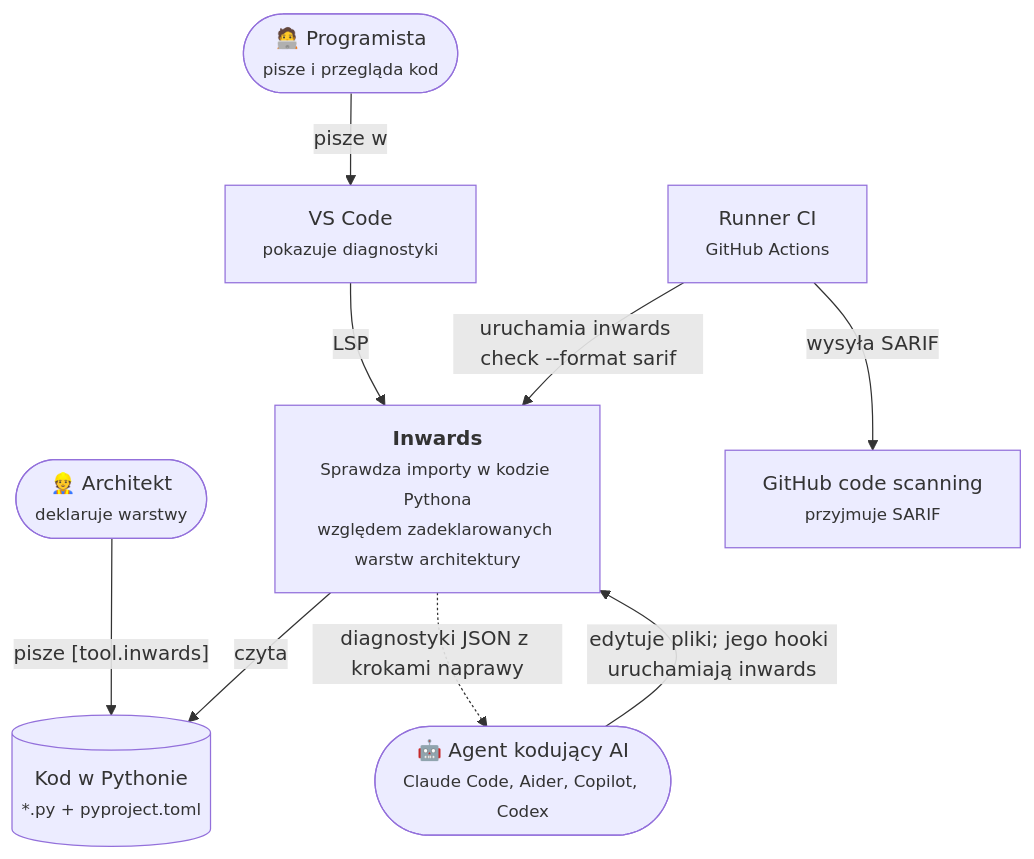
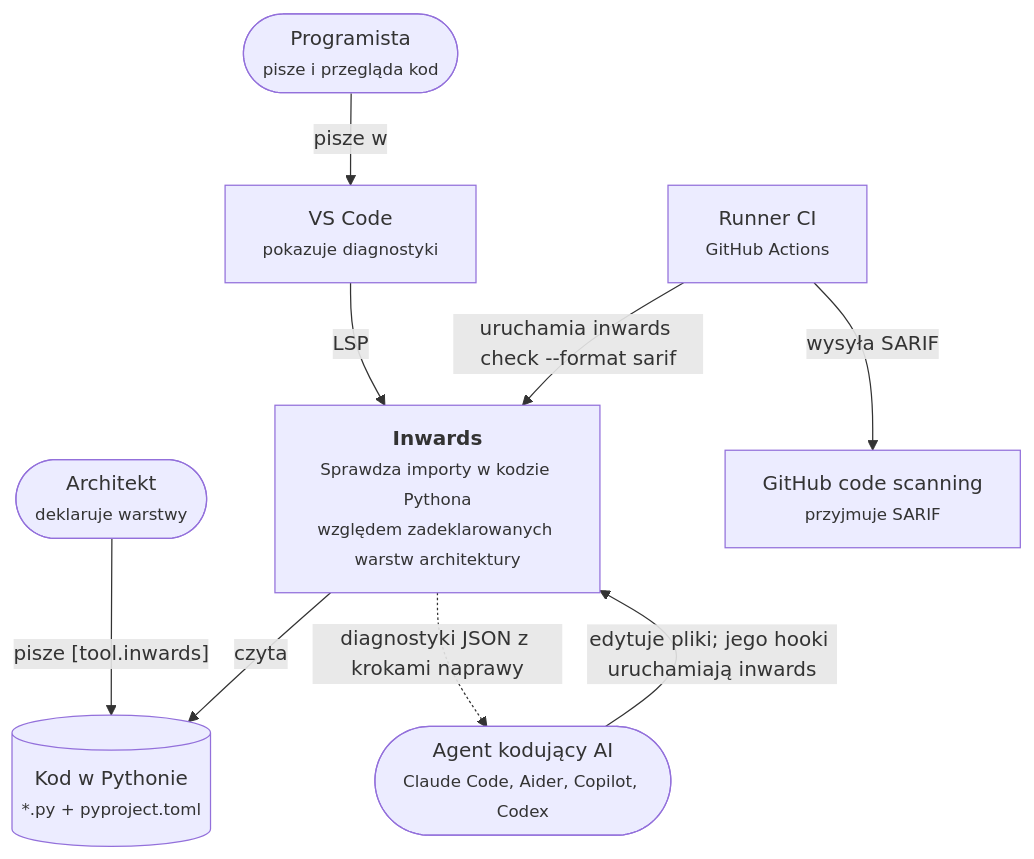
One commit to SirCypkowskyy/inwards changed the first of 6 diagrams in docs/pl/03-Architecture-C4.md. Above: the diagram before and after it, drawn with Mermaid. The commit also changed other lines of this file and 9 other files, not shown here.

First line of the commit message:
docs: draw diagram and status icons instead of emoji, recolour the chapter 6 pie

````diff
--- a/docs/pl/03-Architecture-C4.md
+++ b/docs/pl/03-Architecture-C4.md
@@ -17,23 +17,23 @@
 ```mermaid
 flowchart TB
-    architect(["👷 Architekt<br/><small>deklaruje warstwy</small>"])
-    dev(["🧑‍💻 Programista<br/><small>pisze i przegląda kod</small>"])
-    agent(["🤖 Agent kodujący AI<br/><small>Claude Code, Aider, Copilot, Codex</small>"])
+    architect(["Architekt<br/><small>deklaruje warstwy</small>"])
+    dev(["Programista<br/><small>pisze i przegląda kod</small>"])
+    agent(["Agent kodujący AI<br/><small>Claude Code, Aider, Copilot, Codex</small>"])
 
     inwards["<b>Inwards</b><br/><small>Sprawdza importy w kodzie Pythona<br/>względem zadeklarowanych warstw architektury</small>"]
 
     repo[("Kod w Pythonie<br/><small>*.py + pyproject.toml</small>")]
     editor["VS Code<br/><small>pokazuje diagnostyki</small>"]
     ci["Runner CI<br/><small>GitHub Actions</small>"]
     scanning["GitHub code scanning<br/><small>przyjmuje SARIF</small>"]
 
     architect -- "pisze [tool.inwards]" --> repo
     agent -- "edytuje pliki; jego hooki uruchamiają inwards" --> inwards
     dev -- "pisze w" --> editor
     editor -- "LSP" --> inwards
     ci -- "uruchamia inwards check --format sarif" --> inwards
     inwards -- "czyta" --> repo
     ci -- "wysyła SARIF" --> scanning
     inwards -. "diagnostyki JSON z krokami naprawy" .-> agent
 
 ```
````
